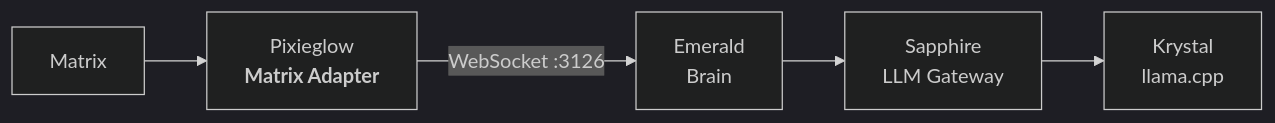
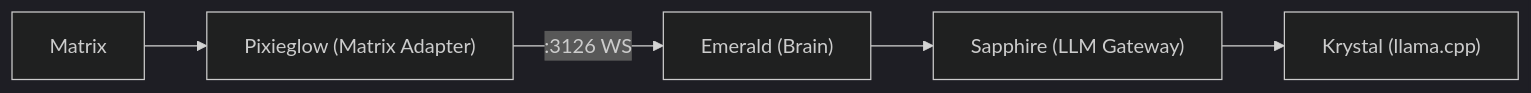
One commit to protocol-luna/pixieglow changed the diagram in README.md. Above: the diagram before and after it, drawn with Mermaid (dark theme).

Commit message:
fix: replace graph+br with flowchart for Mermaid compat

````diff
--- a/README.md
+++ b/README.md
@@ -29,7 +29,7 @@
 ```mermaid
-graph LR
-    Matrix["Matrix"] --> Pixieglow["Pixieglow<br/><strong>Matrix Adapter</strong>"]
-    Pixieglow -- "WebSocket :3126" --> Emerald["Emerald<br/>Brain"]
-    Emerald --> Sapphire["Sapphire<br/>LLM Gateway"]
-    Sapphire --> Krystal["Krystal<br/>llama.cpp"]
+flowchart LR
+    Matrix["Matrix"] --> Pixieglow["Pixieglow (Matrix Adapter)"]
+    Pixieglow -- ":3126 WS" --> Emerald["Emerald (Brain)"]
+    Emerald --> Sapphire["Sapphire (LLM Gateway)"]
+    Sapphire --> Krystal["Krystal (llama.cpp)"]
 ```
````
